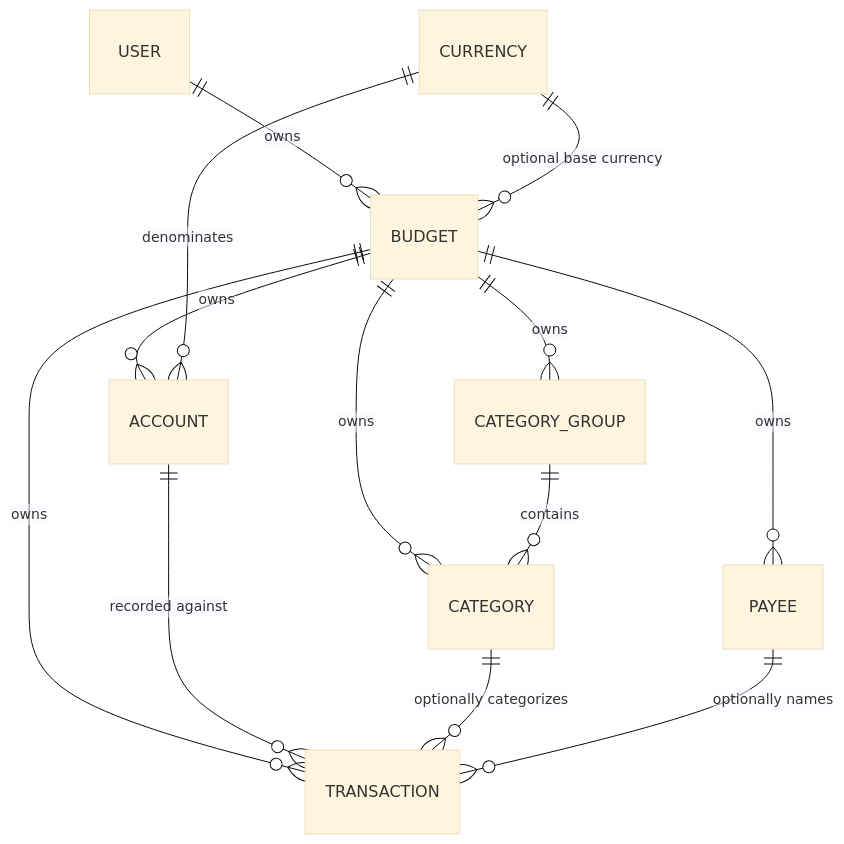
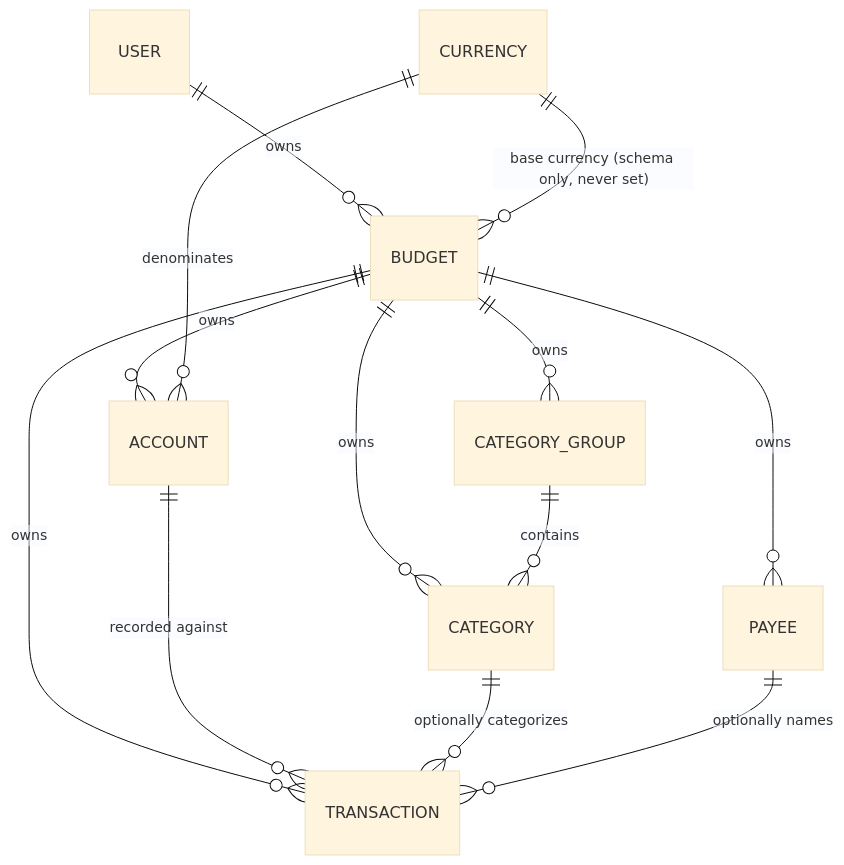
One commit to anton-kochev/budgetoid changed the diagram in docs/business-logic/_overview.md. Above: the diagram before and after it, drawn with Mermaid (base theme). The commit also changed other lines of this file and 8 other files, not shown here.

First line of the commit message:
docs: a base currency nobody can set, and a 404 that is often a 400

````diff
--- a/docs/business-logic/_overview.md
+++ b/docs/business-logic/_overview.md
@@ -60,15 +62,15 @@
 ```mermaid
 erDiagram
     USER ||--o{ BUDGET : owns
     BUDGET ||--o{ ACCOUNT : owns
     BUDGET ||--o{ CATEGORY_GROUP : owns
     BUDGET ||--o{ CATEGORY : owns
     BUDGET ||--o{ PAYEE : owns
     BUDGET ||--o{ TRANSACTION : owns
     ACCOUNT ||--o{ TRANSACTION : "recorded against"
     CATEGORY_GROUP ||--o{ CATEGORY : contains
     CATEGORY ||--o{ TRANSACTION : "optionally categorizes"
     PAYEE ||--o{ TRANSACTION : "optionally names"
     CURRENCY ||--o{ ACCOUNT : denominates
-    CURRENCY ||--o{ BUDGET : "optional base currency"
+    CURRENCY ||--o{ BUDGET : "base currency (schema only, never set)"
 ```
````
